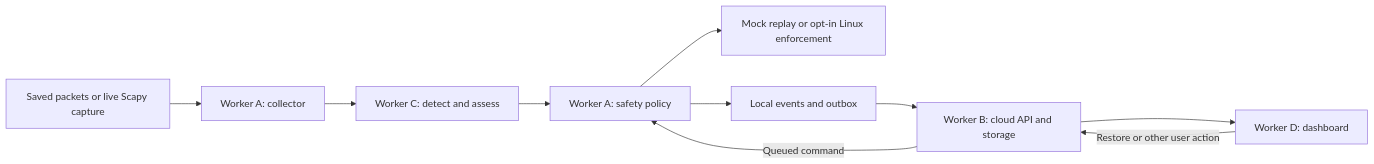
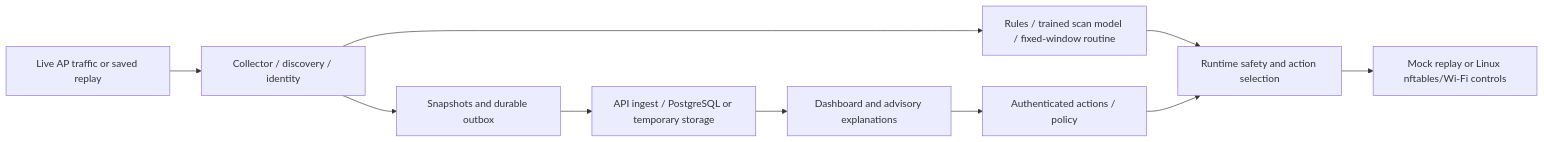
The diagram in agent/INTEGRATION.md (Rishikesh427/SecurIoT), drawn with Mermaid before and after one commit. The commit also changed other lines of this file and 15 other files, not shown here.

````diff
--- a/agent/INTEGRATION.md
+++ b/agent/INTEGRATION.md
@@ -15,12 +12,12 @@
 ```mermaid
 flowchart LR
-    P[Saved packets or live Scapy capture] --> A[Worker A: collector]
-    A --> C[Worker C: detect and assess]
-    C --> S[Worker A: safety policy]
-    S --> E[Mock replay or opt-in Linux enforcement]
-    S --> O[Local events and outbox]
-    O --> B[Worker B: cloud API and storage]
-    B --> D[Worker D: dashboard]
-    D -->|Restore or other user action| B
-    B -->|Queued command| S
+  T[Live AP traffic or saved replay] --> A[Collector / discovery / identity]
+  A --> C[Rules / trained scan model / fixed-window routine]
+  C --> S[Runtime safety and action selection]
+  S --> E[Mock replay or Linux nftables/Wi-Fi controls]
+  A --> O[Snapshots and durable outbox]
+  O --> B[API ingest / PostgreSQL or temporary storage]
+  B --> D[Dashboard and advisory explanations]
+  D --> Q[Authenticated actions / policy]
+  Q --> S
 ```
````
